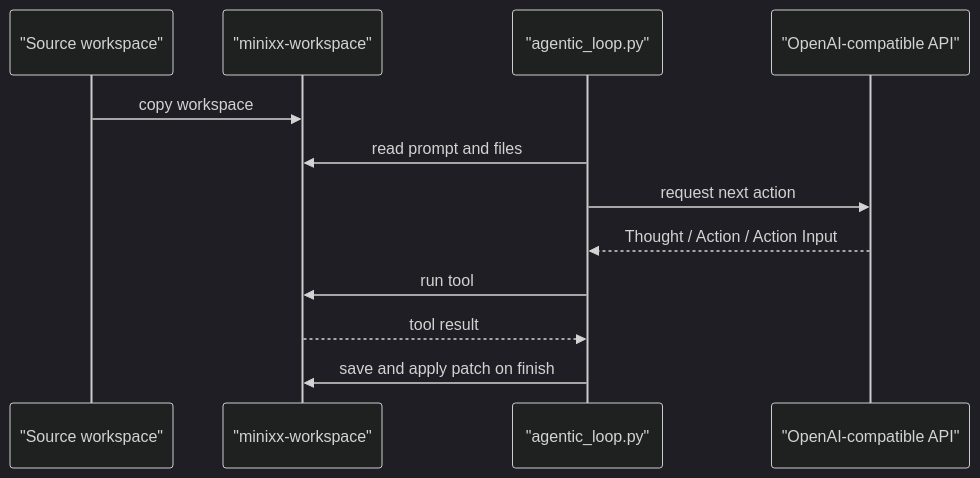
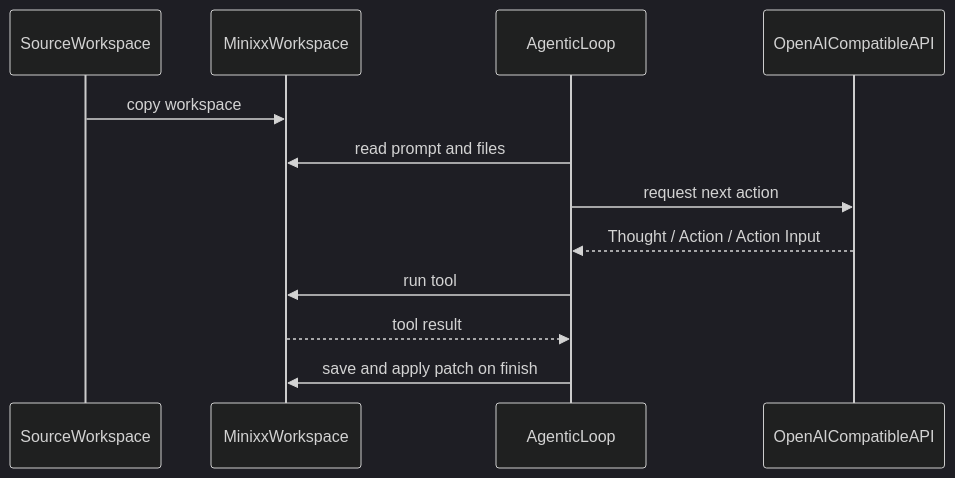
One commit to mtov/minixx changed the diagram in README.md. Above: the diagram before and after it, drawn with Mermaid (dark theme). The commit also changed other lines of this file, not shown here.

Commit message:
docs: simplify README sequence diagram and remove reading guide section

````diff
--- a/README.md
+++ b/README.md
@@ -154,15 +154,15 @@
 ```mermaid
 sequenceDiagram
-    participant Source as "Source workspace"
-    participant Runtime as "minixx-workspace"
-    participant AgentLoop as "agentic_loop.py"
-    participant Model as "OpenAI-compatible API"
+    participant Source as SourceWorkspace
+    participant Runtime as MinixxWorkspace
+    participant AgentLoop as AgenticLoop
+    participant Model as OpenAICompatibleAPI
 
     Source->>Runtime: copy workspace
     AgentLoop->>Runtime: read prompt and files
     AgentLoop->>Model: request next action
     Model-->>AgentLoop: Thought / Action / Action Input
     AgentLoop->>Runtime: run tool
     Runtime-->>AgentLoop: tool result
     AgentLoop->>Runtime: save and apply patch on finish
 ```
````
